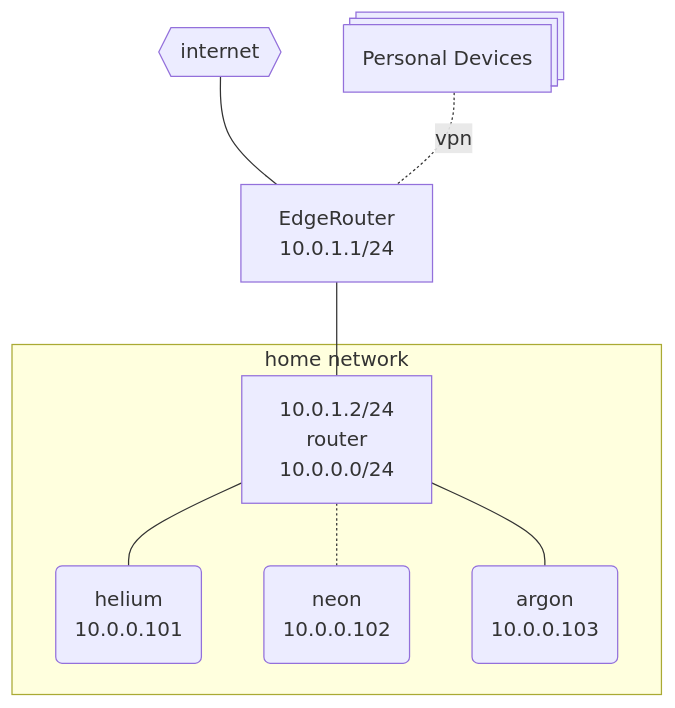
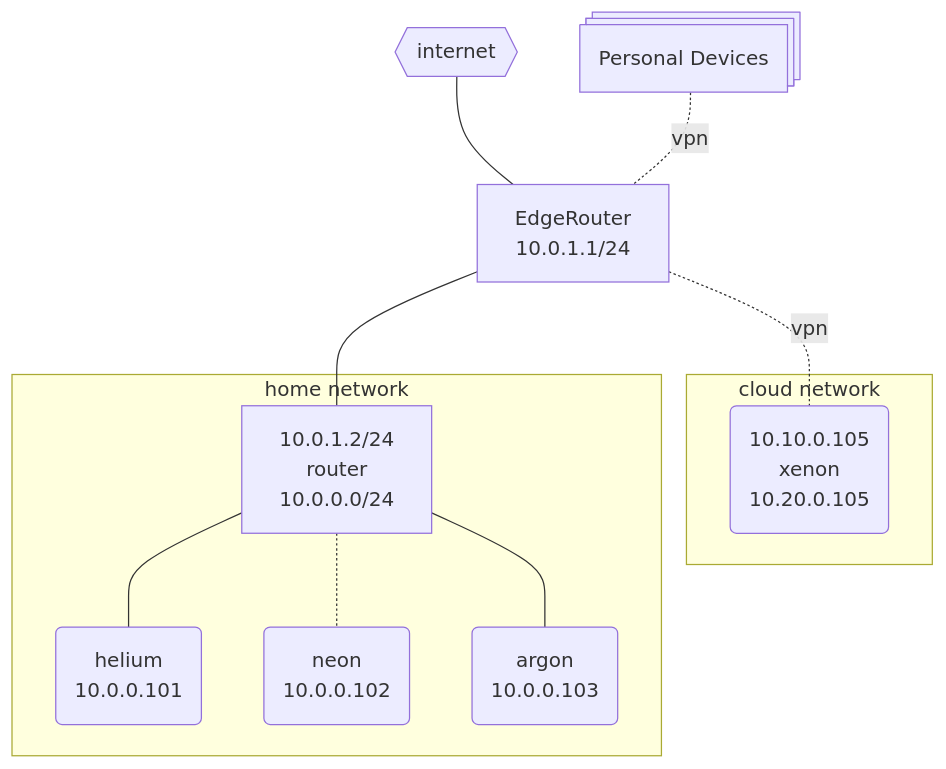
The diagram in README.md (kszakharov/home), drawn with Mermaid before and after one commit. The commit also changed 7 other files, not shown here.

First line of the commit message:
✨ Add xenon cloud server to infrastructure

````diff
--- a/README.md
+++ b/README.md
@@ -7,20 +7,26 @@
 ```mermaid
 graph TD
     internet{{<center>internet</center>}}
     krypton[<center>EdgeRouter<br>10.0.1.1/24</center>]
     router[<center>10.0.1.2/24<br>router<br>10.0.0.0/24</center>]
     helium(<center>helium<br>10.0.0.101</center>)
     neon(<center>neon<br>10.0.0.102</center>)
     argon(<center>argon<br>10.0.0.103</center>)
+    xenon(<center>10.10.0.105<br>xenon<br>10.20.0.105</center>)
     personal_devices@{ shape: stacked-rectangle, label: <center>Personal Devices</center> }
 
     internet---krypton
     krypton---router
+    krypton-.-|vpn|xenon
     personal_devices-.-|vpn|krypton
+
+    subgraph "cloud network"
+        xenon
+    end
 
     subgraph "home network"
         router---helium
         router-.-neon
         router---argon
     end
 ```
````
